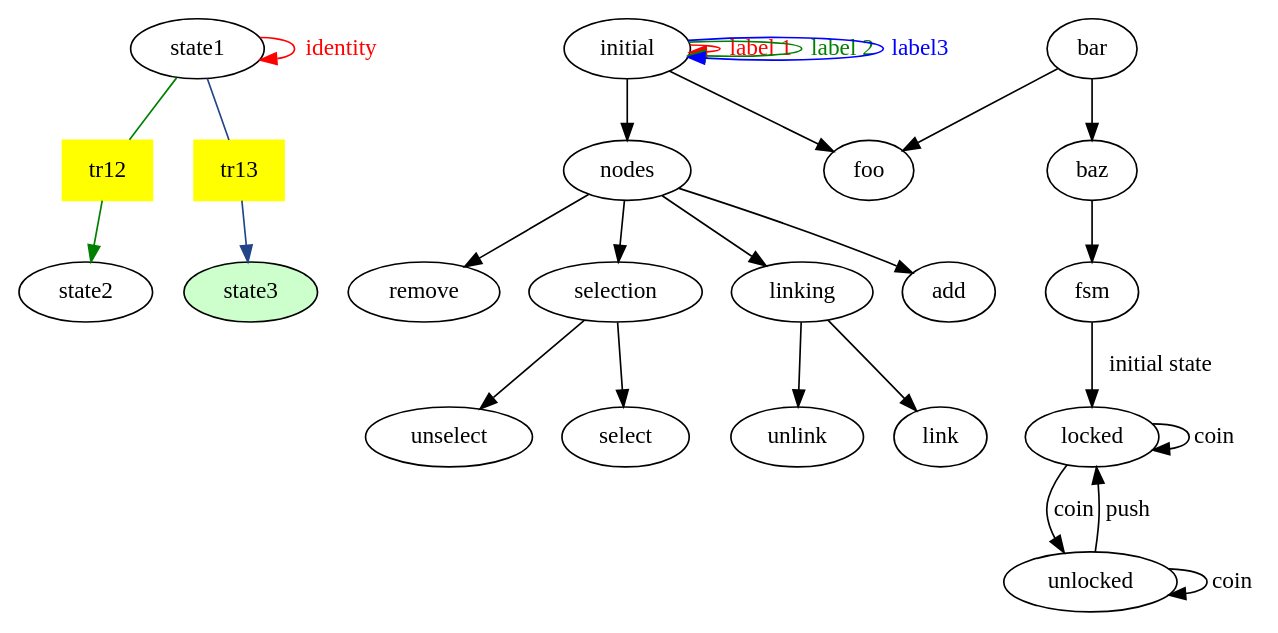
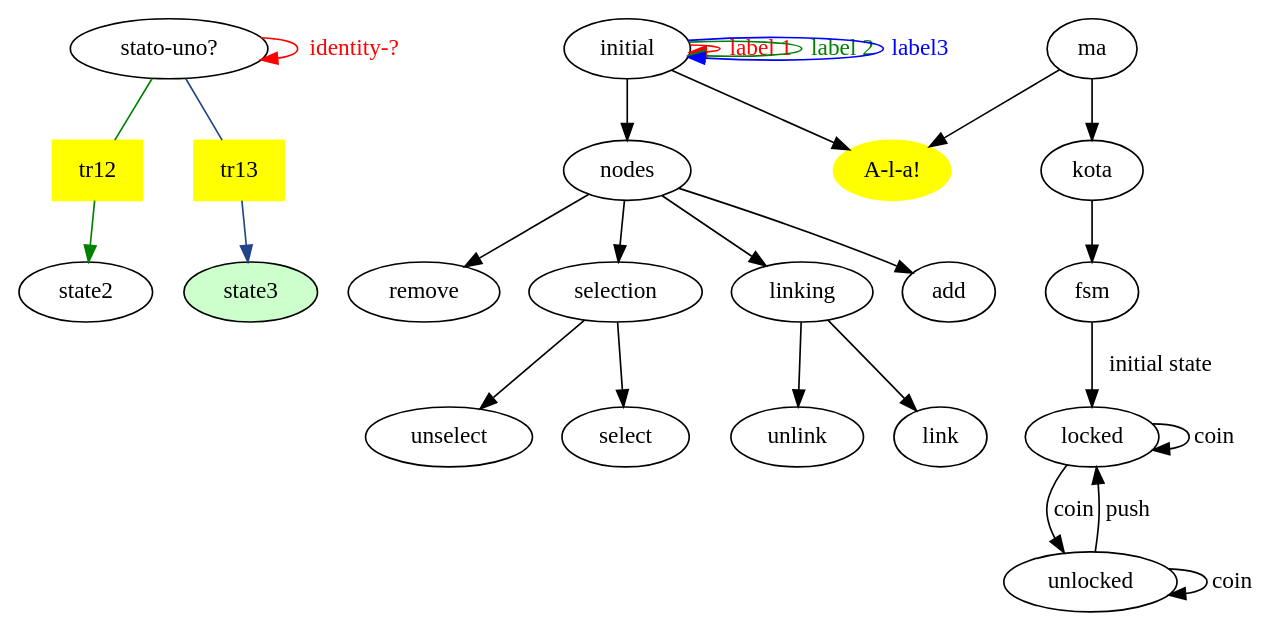
The diagram in graphviz-progress.gv (bigos/Pyrulis), drawn with Graphviz before and after one commit.

Commit message:
better node formatting

```diff
--- a/graphviz-progress.gv
+++ b/graphviz-progress.gv
@@ -1,37 +1,41 @@
 digraph fm {
-        node [shape=box, color=yellow,style=filled]; tr12;tr13;
-        node [shape=ellipse, color=black, style="filled", fillcolor="#CCFFCC"]; state3;
-        node [shape=ellipse, color=black, style=""];
-        state1 -> state1 [label = "identity", color=red, fontcolor=red];
+        state1 [label="stato-uno?"] //custom label for a node
+        state1 -> state1 [label = "identity-?", color=red, fontcolor=red];
 
+        tr12 [shape=box, color=yellow,style=filled];
         state1 -> tr12 [color=green,arrowhead=none];
         tr12 -> state2 [color=green];
 
         edge [color="#224488"]
+        tr13 [shape=box, color=yellow,style=filled];
         state1 -> tr13 [arrowhead=none];
+        state3 [shape=ellipse, color=black, style="filled", fillcolor="#CCFFCC"]
         tr13 -> state3;
         edge [color=""]
 
         initial -> initial [label="label 1", color=red, fontcolor=red];
         initial -> initial [label="label 2", color=green, fontcolor=green];
         initial -> initial [label="label3", color=blue, fontcolor=blue];
-        initial -> foo;
-        bar -> foo;
-        bar -> baz;
+
+        ala [label="A-l-a!", color=yellow,style=filled]
+        initial -> ala;
+        ma -> ala;
+        ma -> kota;
         initial -> nodes;
         nodes -> add;
         nodes -> remove;
         nodes -> selection;
         selection -> select;
         selection -> unselect;
         nodes -> linking;
         linking -> link;
         linking -> unlink;
         /* fsm */
-        baz -> fsm;
+        kota -> fsm;
         fsm -> locked [label="initial state"];
         locked -> locked [label="coin"];
         locked -> unlocked [label="coin"];
         unlocked -> locked [label="push"];
         unlocked -> unlocked [label="coin"];
+
 }
```
